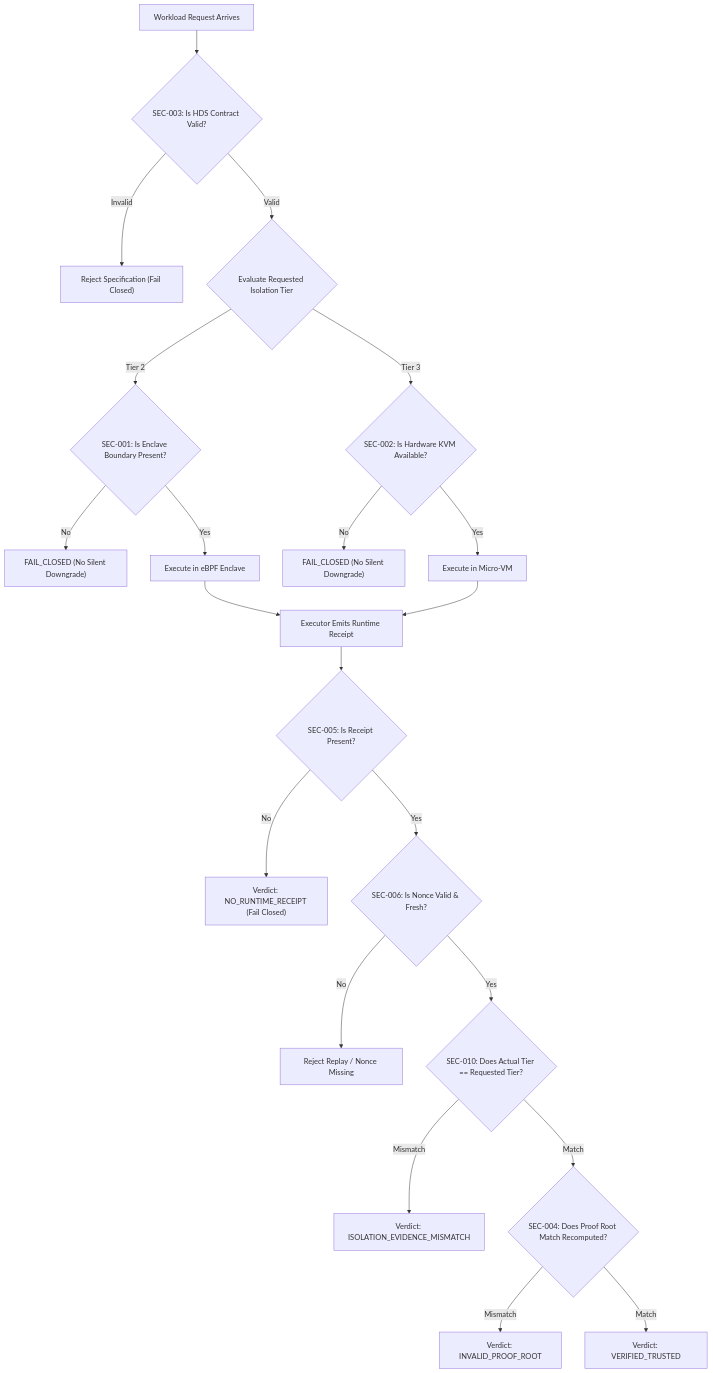
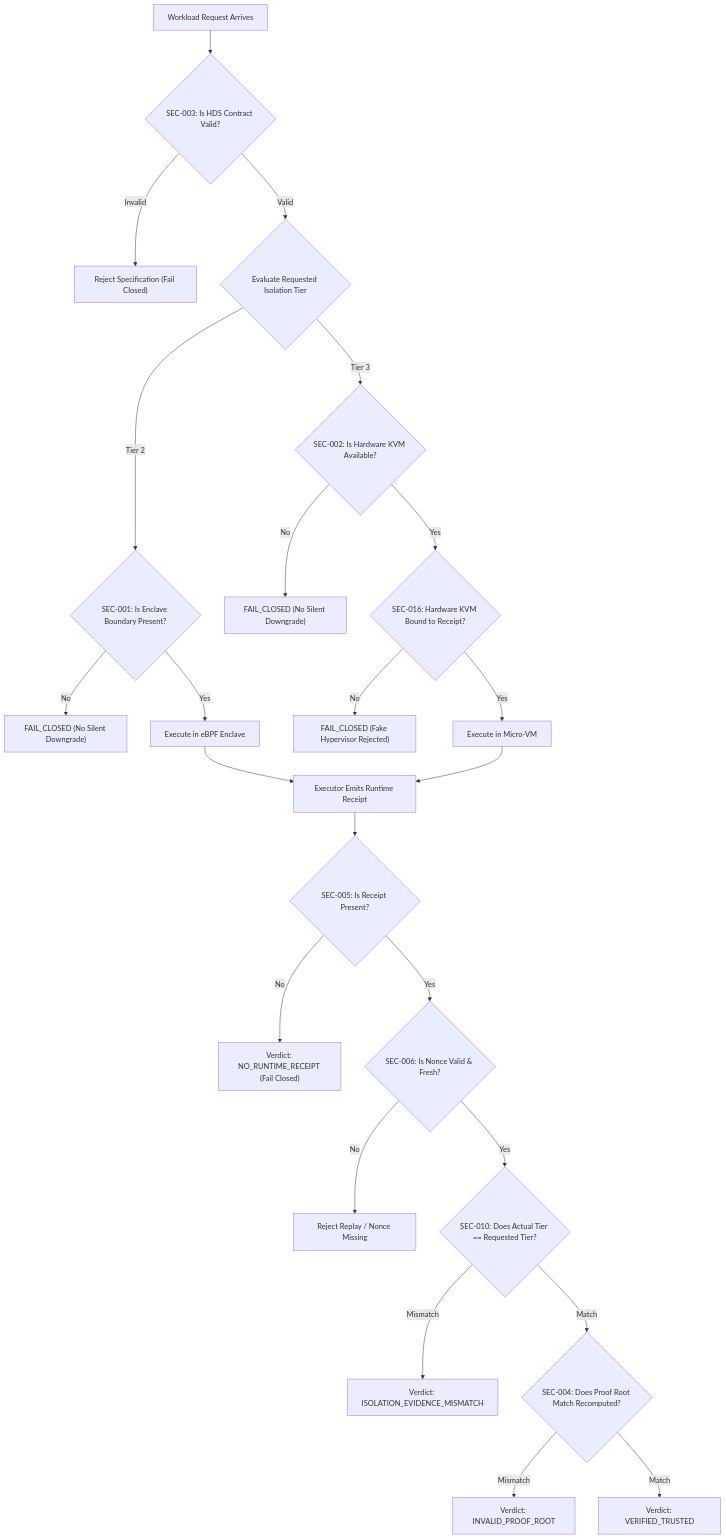
One commit to adamriofc/NeuronixOS changed the diagram in docs/specifications/15_security_invariant_registry.md. Above: the diagram before and after it, drawn with Mermaid. The commit also changed other lines of this file and 31 other files, not shown here.

First line of the commit message:
feat(control-plane): implement Universal Control Plane architecture (MES-NRX-001)

````diff
--- a/docs/specifications/15_security_invariant_registry.md
+++ b/docs/specifications/15_security_invariant_registry.md
@@ -38,27 +48,29 @@
 ```mermaid
 flowchart TD
     Req["Workload Request Arrives"] --> SEC_003{"SEC-003: Is HDS Contract Valid?"}
     SEC_003 -- Invalid --> Rej_HDS["Reject Specification (Fail Closed)"]
     SEC_003 -- Valid --> CheckTier{"Evaluate Requested Isolation Tier"}
 
     CheckTier -- Tier 2 --> SEC_001{"SEC-001: Is Enclave Boundary Present?"}
     SEC_001 -- No --> Rej_T2["FAIL_CLOSED (No Silent Downgrade)"]
     SEC_001 -- Yes --> Exec_T2["Execute in eBPF Enclave"]
 
     CheckTier -- Tier 3 --> SEC_002{"SEC-002: Is Hardware KVM Available?"}
     SEC_002 -- No --> Rej_T3["FAIL_CLOSED (No Silent Downgrade)"]
-    SEC_002 -- Yes --> Exec_T3["Execute in Micro-VM"]
+    SEC_002 -- Yes --> SEC_016{"SEC-016: Hardware KVM Bound to Receipt?"}
+    SEC_016 -- No --> Rej_KVM["FAIL_CLOSED (Fake Hypervisor Rejected)"]
+    SEC_016 -- Yes --> Exec_T3["Execute in Micro-VM"]
 
     Exec_T2 --> GenReceipt["Executor Emits Runtime Receipt"]
     Exec_T3 --> GenReceipt
 
     GenReceipt --> SEC_005{"SEC-005: Is Receipt Present?"}
     SEC_005 -- No --> Rej_NoRec["Verdict: NO_RUNTIME_RECEIPT (Fail Closed)"]
     SEC_005 -- Yes --> SEC_006{"SEC-006: Is Nonce Valid & Fresh?"}
     SEC_006 -- No --> Rej_Replay["Reject Replay / Nonce Missing"]
     SEC_006 -- Yes --> SEC_010{"SEC-010: Does Actual Tier == Requested Tier?"}
     SEC_010 -- Mismatch --> Rej_Downgrade["Verdict: ISOLATION_EVIDENCE_MISMATCH"]
     SEC_010 -- Match --> SEC_004{"SEC-004: Does Proof Root Match Recomputed?"}
     SEC_004 -- Mismatch --> Rej_Proof["Verdict: INVALID_PROOF_ROOT"]
     SEC_004 -- Match --> Certified["Verdict: VERIFIED_TRUSTED"]
 ```
````
